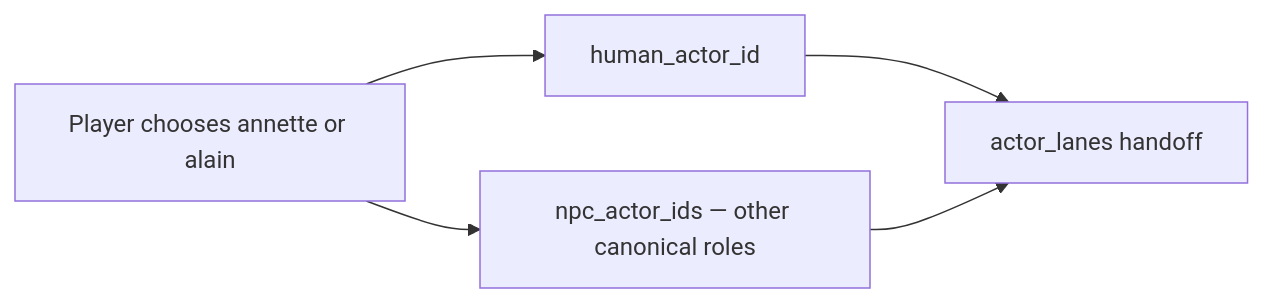
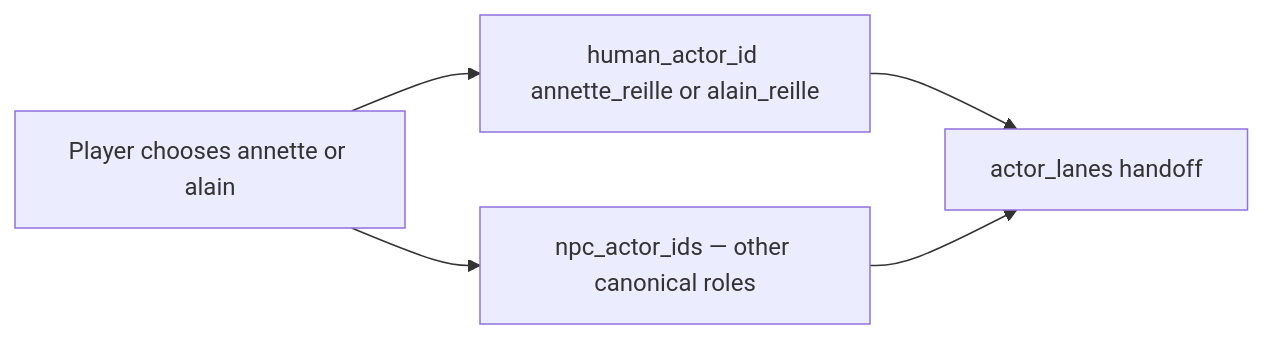
Before and after one commit to Held0fTheWelt/BLACKVEIN: the diagram in docs/ADR/MVP_Live_Runtime_Completion/adr-mvp1-003-role-selection-actor-ownership.md, drawn with Mermaid. The commit also changed other lines of this file and 45 other files, not shown here.

````diff
--- a/docs/ADR/MVP_Live_Runtime_Completion/adr-mvp1-003-role-selection-actor-ownership.md
+++ b/docs/ADR/MVP_Live_Runtime_Completion/adr-mvp1-003-role-selection-actor-ownership.md
@@ -40,7 +41,7 @@
 ```mermaid
 flowchart LR
-  CH[Player chooses annette or alain] --> H[human_actor_id]
+  CH[Player chooses annette or alain] --> H[human_actor_id annette_reille or alain_reille]
   CH --> NPC[npc_actor_ids — other canonical roles]
   H --> LAN[actor_lanes handoff]
   NPC --> LAN
 ```
````
